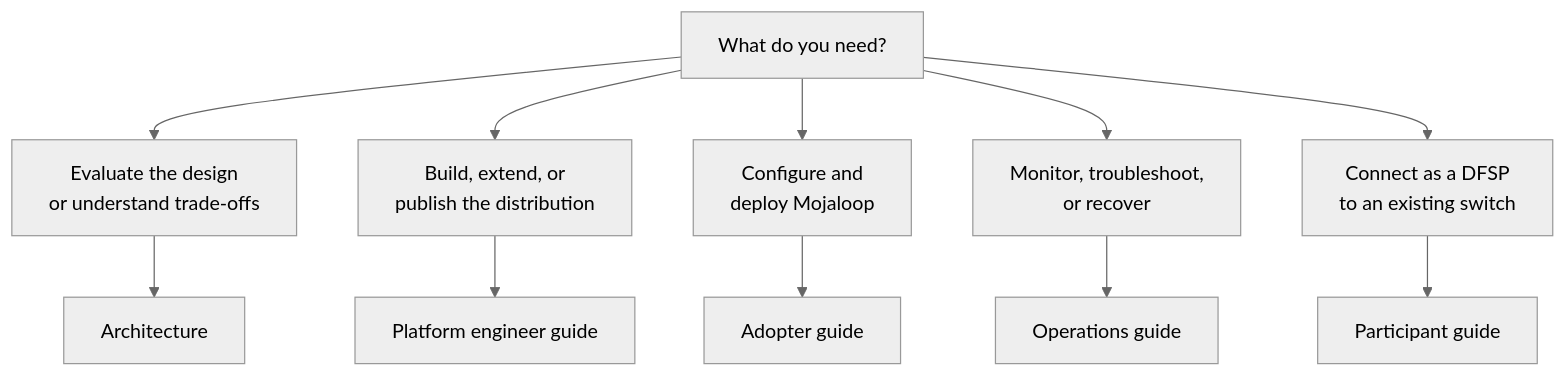
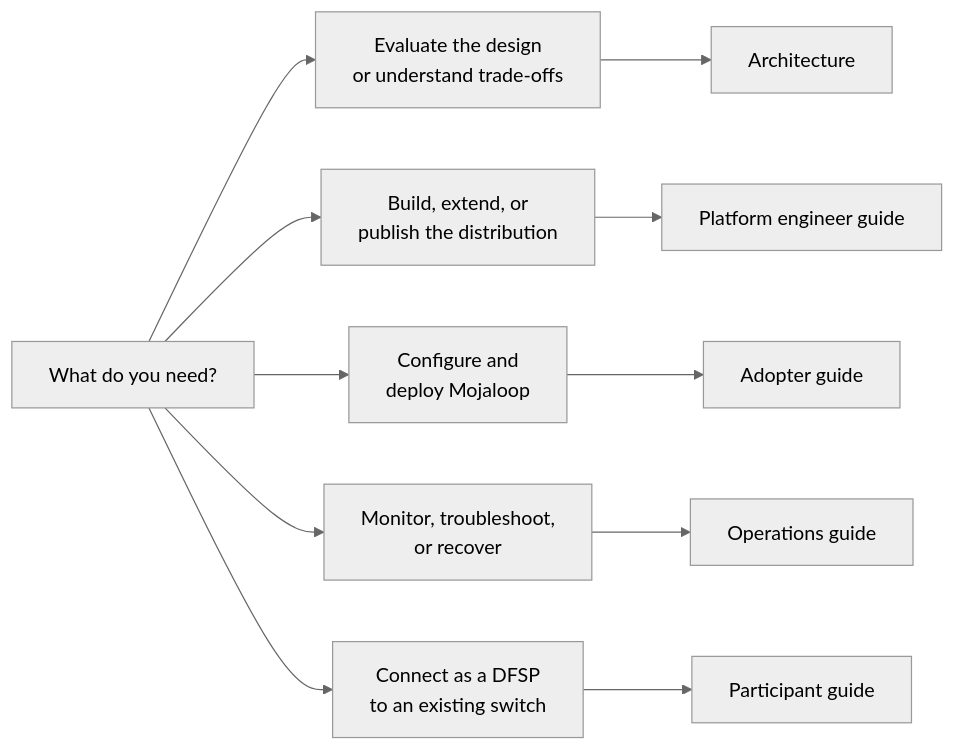
The first of 2 diagrams in docs/index.md (kiswend/ml-deployment-toolkit), drawn with Mermaid (neutral theme) before and after one commit. The commit also changed 21 other files, not shown here.

````diff
--- a/docs/index.md
+++ b/docs/index.md
@@ -9,22 +9,22 @@
 ```mermaid
-flowchart TD
+flowchart LR
     start["What do you need?"]
 
     start --> eval["Evaluate the design\nor understand trade-offs"]
     start --> build["Build, extend, or\npublish the distribution"]
     start --> deploy["Configure and\ndeploy Mojaloop"]
     start --> run["Monitor, troubleshoot,\nor recover"]
     start --> join["Connect as a DFSP\nto an existing switch"]
 
     eval --> arch["Architecture"]
     build --> plat["Platform engineer guide"]
     deploy --> adopt["Adopter guide"]
     run --> ops["Operations guide"]
     join --> part["Participant guide"]
 
     click arch "architecture/index.md"
     click plat "platform/index.md"
     click adopt "adopter/index.md"
     click ops "operations/index.md"
     click part "participant/index.md"
 ```
````
